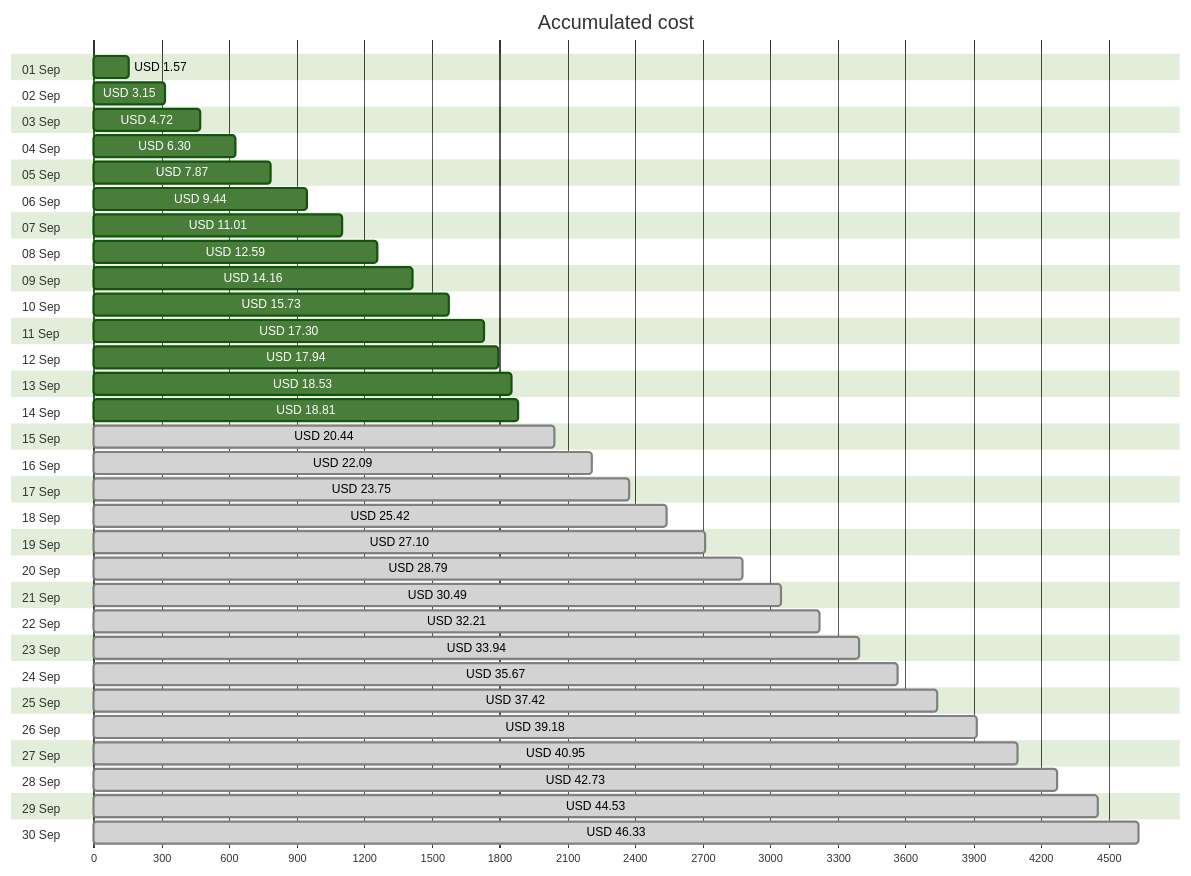
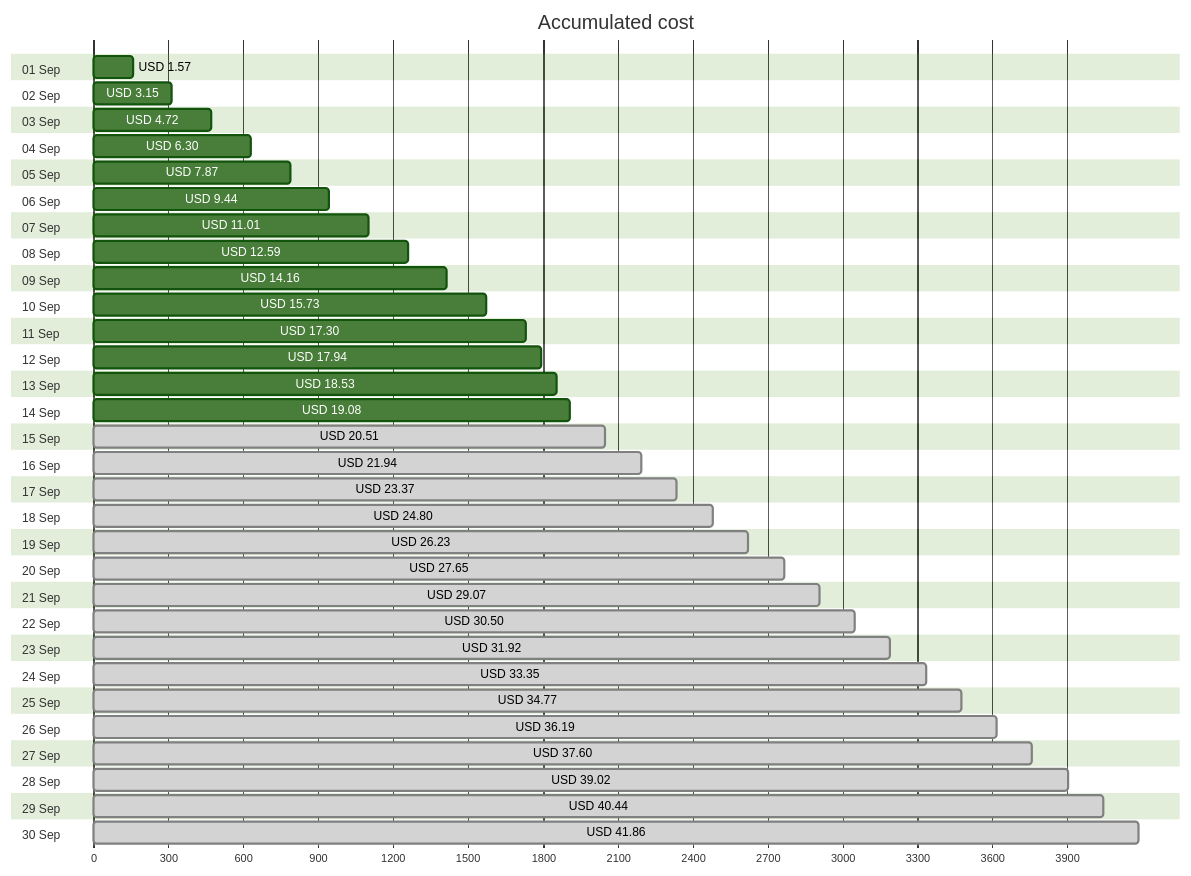
One commit to jpfulton/azure-personal-reports changed the first of 4 diagrams in cost-reports/personal-site/resource-group-summary.md. Above: the diagram before and after it, drawn with Mermaid (forest theme). The commit also changed other lines of this file and 37 other files, not shown here.

````diff
--- a/cost-reports/personal-site/resource-group-summary.md
+++ b/cost-reports/personal-site/resource-group-summary.md
@@ -20,66 +20,66 @@
 ```mermaid
 gantt
    title Accumulated cost
    dateFormat  X
    axisFormat %s
    section 01 Sep
    USD 1.57 :0, 157
    section 02 Sep
    USD 3.15 :0, 315
    section 03 Sep
    USD 4.72 :0, 472
    section 04 Sep
    USD 6.30 :0, 630
    section 05 Sep
    USD 7.87 :0, 787
    section 06 Sep
    USD 9.44 :0, 944
    section 07 Sep
    USD 11.01 :0, 1101
    section 08 Sep
    USD 12.59 :0, 1259
    section 09 Sep
    USD 14.16 :0, 1416
    section 10 Sep
    USD 15.73 :0, 1573
    section 11 Sep
    USD 17.30 :0, 1730
    section 12 Sep
    USD 17.94 :0, 1794
    section 13 Sep
    USD 18.53 :0, 1853
    section 14 Sep
-   USD 18.81 :0, 1881
+   USD 19.08 :0, 1908
    section 15 Sep
-   USD 20.44 : done, 0, 2044
+   USD 20.51 : done, 0, 2051
    section 16 Sep
-   USD 22.09 : done, 0, 2209
+   USD 21.94 : done, 0, 2194
    section 17 Sep
-   USD 23.75 : done, 0, 2375
+   USD 23.37 : done, 0, 2337
    section 18 Sep
-   USD 25.42 : done, 0, 2542
+   USD 24.80 : done, 0, 2480
    section 19 Sep
-   USD 27.10 : done, 0, 2710
+   USD 26.23 : done, 0, 2623
    section 20 Sep
-   USD 28.79 : done, 0, 2879
+   USD 27.65 : done, 0, 2765
    section 21 Sep
-   USD 30.49 : done, 0, 3049
+   USD 29.07 : done, 0, 2907
    section 22 Sep
-   USD 32.21 : done, 0, 3221
+   USD 30.50 : done, 0, 3050
    section 23 Sep
-   USD 33.94 : done, 0, 3394
+   USD 31.92 : done, 0, 3192
    section 24 Sep
-   USD 35.67 : done, 0, 3567
+   USD 33.35 : done, 0, 3335
    section 25 Sep
-   USD 37.42 : done, 0, 3742
+   USD 34.77 : done, 0, 3477
    section 26 Sep
-   USD 39.18 : done, 0, 3918
+   USD 36.19 : done, 0, 3619
    section 27 Sep
-   USD 40.95 : done, 0, 4095
+   USD 37.60 : done, 0, 3760
    section 28 Sep
-   USD 42.73 : done, 0, 4273
+   USD 39.02 : done, 0, 3902
    section 29 Sep
-   USD 44.53 : done, 0, 4453
+   USD 40.44 : done, 0, 4044
    section 30 Sep
-   USD 46.33 : done, 0, 4633
+   USD 41.86 : done, 0, 4186
 ```
````
